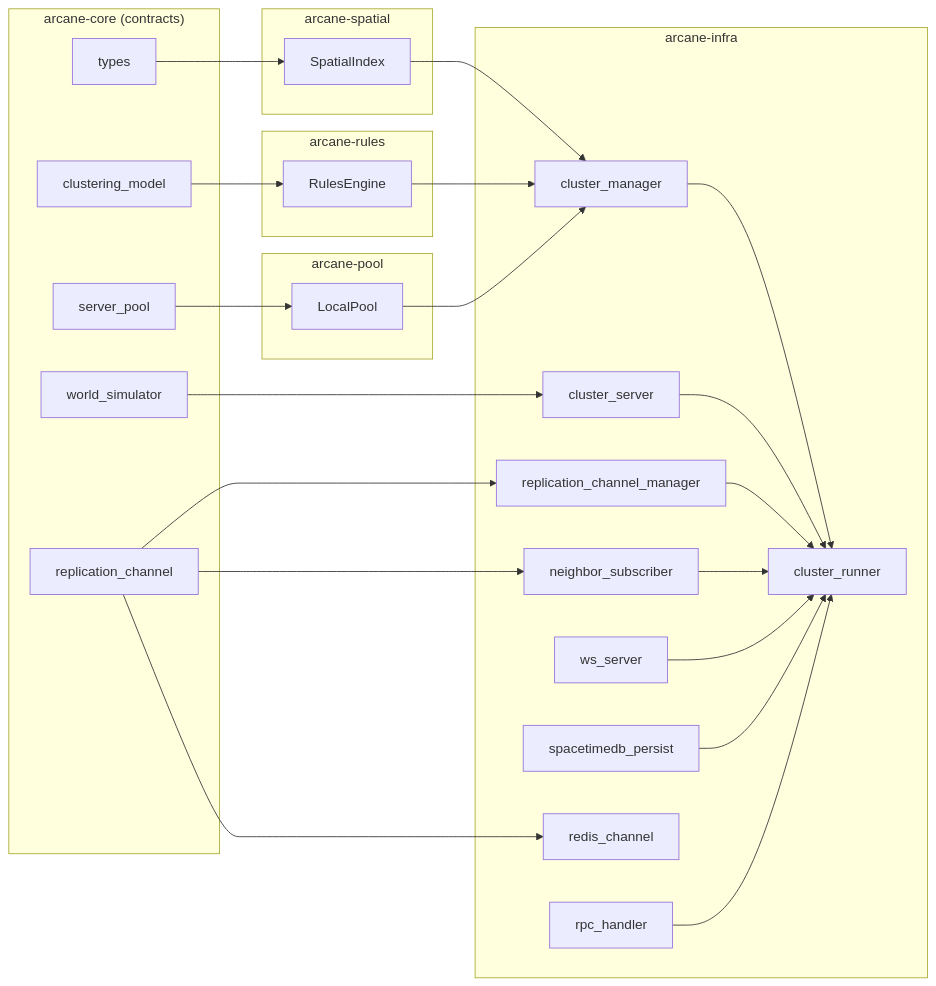
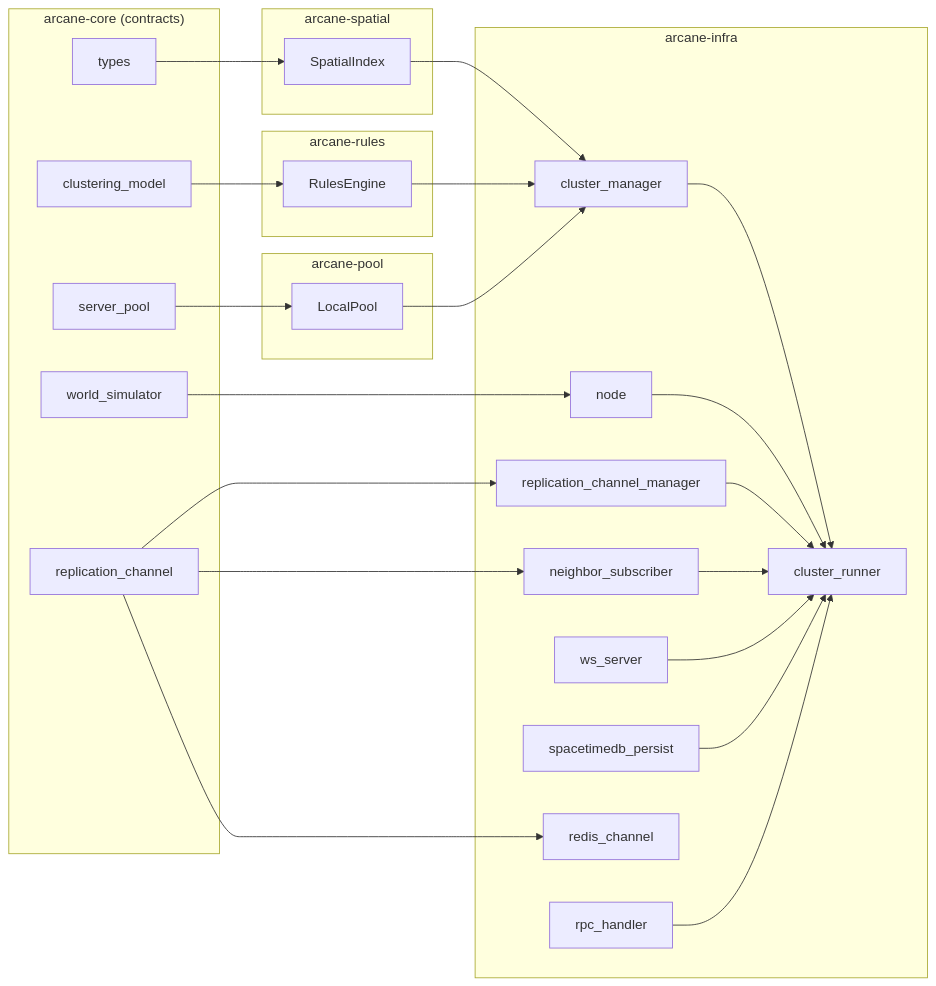
One commit to brainy-bots/arcane changed the diagram in docs/MODULE_INTERACTIONS.md. Above: the diagram before and after it, drawn with Mermaid. The commit also changed other lines of this file and 15 other files, not shown here.

First line of the commit message:
docs: rename ClusterServer → ArcaneNode across all architecture docs

````diff
--- a/docs/MODULE_INTERACTIONS.md
+++ b/docs/MODULE_INTERACTIONS.md
@@ -9,54 +9,54 @@
 ```mermaid
 flowchart LR
   subgraph Core["arcane-core (contracts)"]
     Types["types"]
     Model["clustering_model"]
     PoolIf["server_pool"]
     ReplIf["replication_channel"]
     SimIf["world_simulator"]
   end
 
   subgraph Spatial["arcane-spatial"]
     SIndex["SpatialIndex"]
   end
 
   subgraph Rules["arcane-rules"]
     RulesEngine["RulesEngine"]
   end
 
   subgraph Pool["arcane-pool"]
     LocalPool["LocalPool"]
   end
 
   subgraph Infra["arcane-infra"]
     Manager["cluster_manager"]
-    Server["cluster_server"]
+    Server["node"]
     Runner["cluster_runner"]
     Ws["ws_server"]
     ReplMgr["replication_channel_manager"]
     Neighbor["neighbor_subscriber"]
     Persist["spacetimedb_persist"]
     Redis["redis_channel"]
     Rpc["rpc_handler"]
   end
 
   Types --> SIndex
   Model --> RulesEngine
   PoolIf --> LocalPool
   ReplIf --> Redis
   ReplIf --> ReplMgr
   ReplIf --> Neighbor
   SimIf --> Server
 
   SIndex --> Manager
   RulesEngine --> Manager
   LocalPool --> Manager
 
   Manager --> Runner
   Server --> Runner
   ReplMgr --> Runner
   Neighbor --> Runner
   Ws --> Runner
   Persist --> Runner
   Rpc --> Runner
 ```
````
